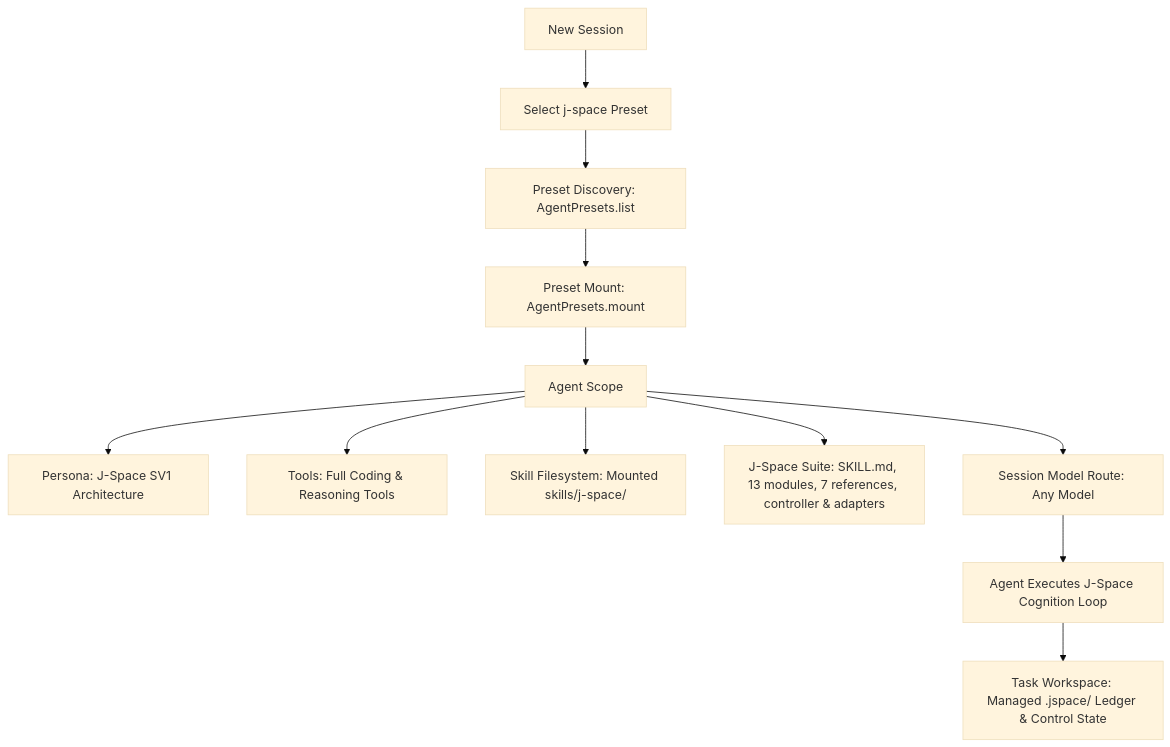
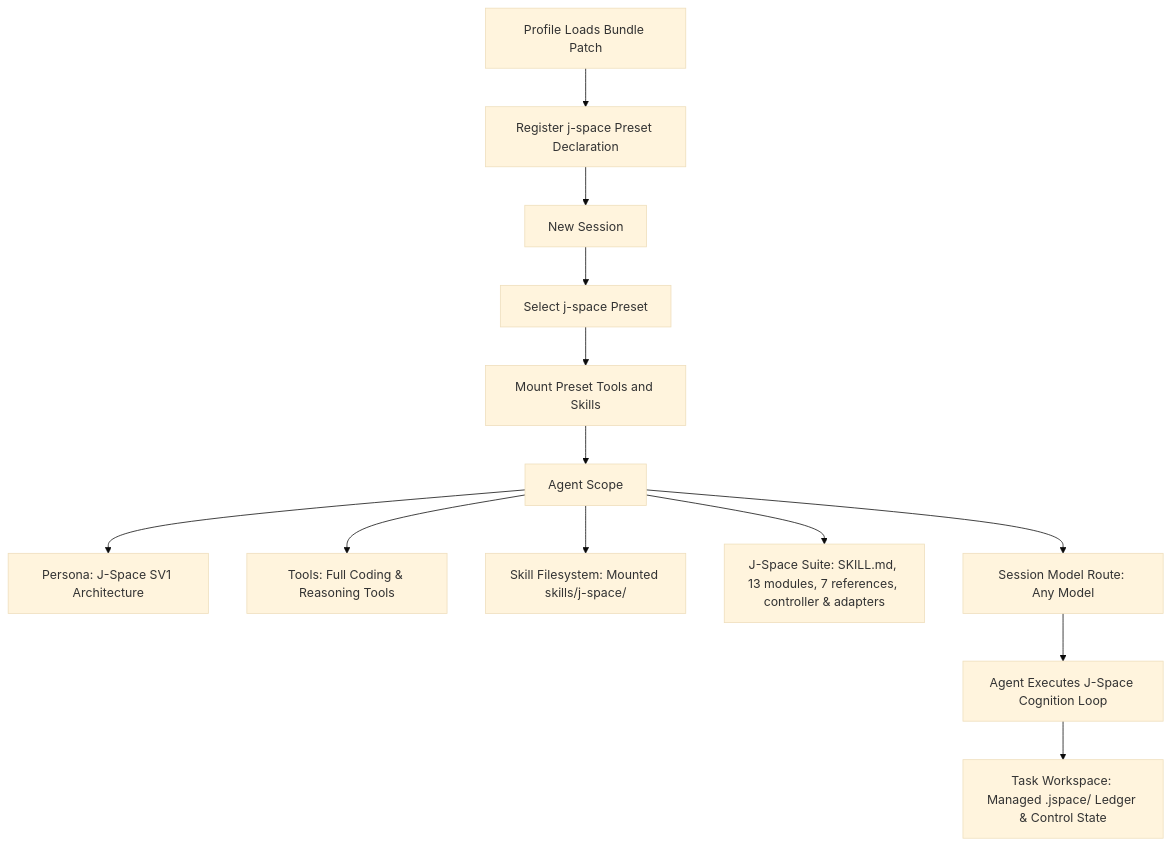
The diagram in README.en.md (AnonyJcy/dsh-j-space), drawn with Mermaid (base theme) before and after one commit. The commit also changed other lines of this file and 1 other file, not shown here.

````diff
--- a/README.en.md
+++ b/README.en.md
@@ -160,14 +164,15 @@
 ```mermaid
 flowchart TD
-    A[New Session] --> B[Select j-space Preset]
-    B --> C[Preset Discovery: AgentPresets.list]
-    C --> D[Preset Mount: AgentPresets.mount]
+    P[Profile Loads Bundle Patch] --> R[Register j-space Preset Declaration]
+    R --> A[New Session]
+    A --> B[Select j-space Preset]
+    B --> D[Mount Preset Tools and Skills]
     D --> E[Agent Scope]
     E --> F1[Persona: J-Space SV1 Architecture]
     E --> F2[Tools: Full Coding & Reasoning Tools]
     E --> F3[Skill Filesystem: Mounted skills/j-space/]
     E --> F4[J-Space Suite: SKILL.md, 13 modules, 7 references, controller & adapters]
     E --> G[Session Model Route: Any Model]
     G --> H[Agent Executes J-Space Cognition Loop]
     H --> I[Task Workspace: Managed .jspace/ Ledger & Control State]
 ```
````
